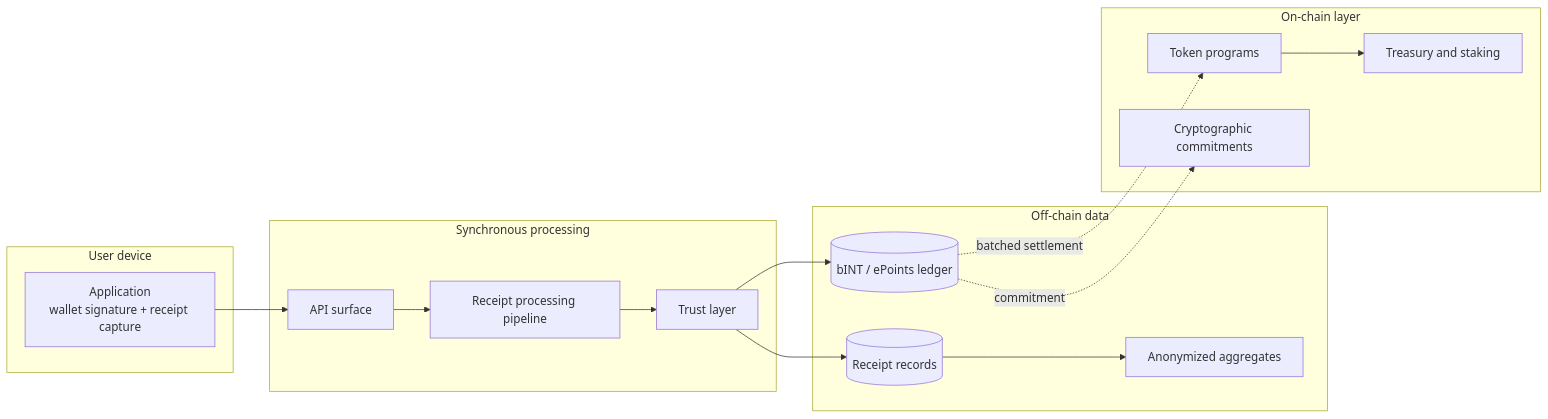
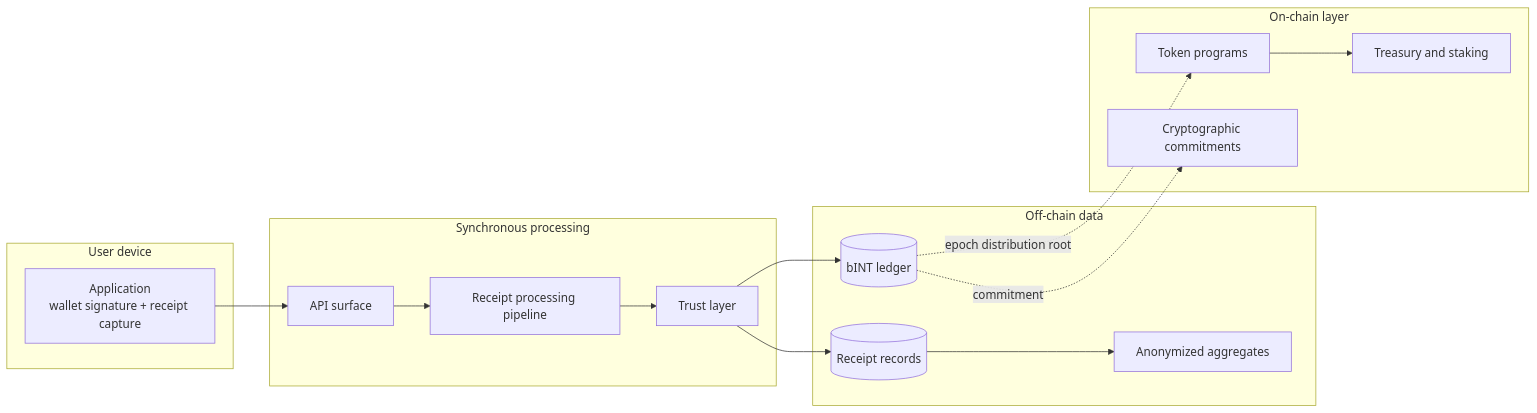
One commit to Yumo-Yumo-Inc/yumoyumohq changed the diagram in content/technical-paper/en/01-architecture-overview/02-system-map.md. Above: the diagram before and after it, drawn with Mermaid. The commit also changed other lines of this file and 1048 other files, not shown here.

````diff
--- a/content/technical-paper/en/01-architecture-overview/02-system-map.md
+++ b/content/technical-paper/en/01-architecture-overview/02-system-map.md
@@ -5,32 +5,32 @@
 ```mermaid
 flowchart LR
     subgraph Client["User device"]
         A["Application<br/>wallet signature + receipt capture"]
     end
 
     subgraph Processing["Synchronous processing"]
         B["API surface"]
         C["Receipt processing pipeline"]
         D["Trust layer"]
     end
 
     subgraph Data["Off-chain data"]
         E[("Receipt records")]
-        F[("bINT / ePoints ledger")]
+        F[("bINT ledger")]
         G["Anonymized aggregates"]
     end
 
     subgraph Chain["On-chain layer"]
         H["Token programs"]
         I["Treasury and staking"]
         J["Cryptographic commitments"]
     end
 
     A --> B --> C --> D
     D --> E
     D --> F
     E --> G
-    F -. "batched settlement" .-> H
+    F -. "epoch distribution root" .-> H
     F -. "commitment" .-> J
     H --> I
 ```
````
